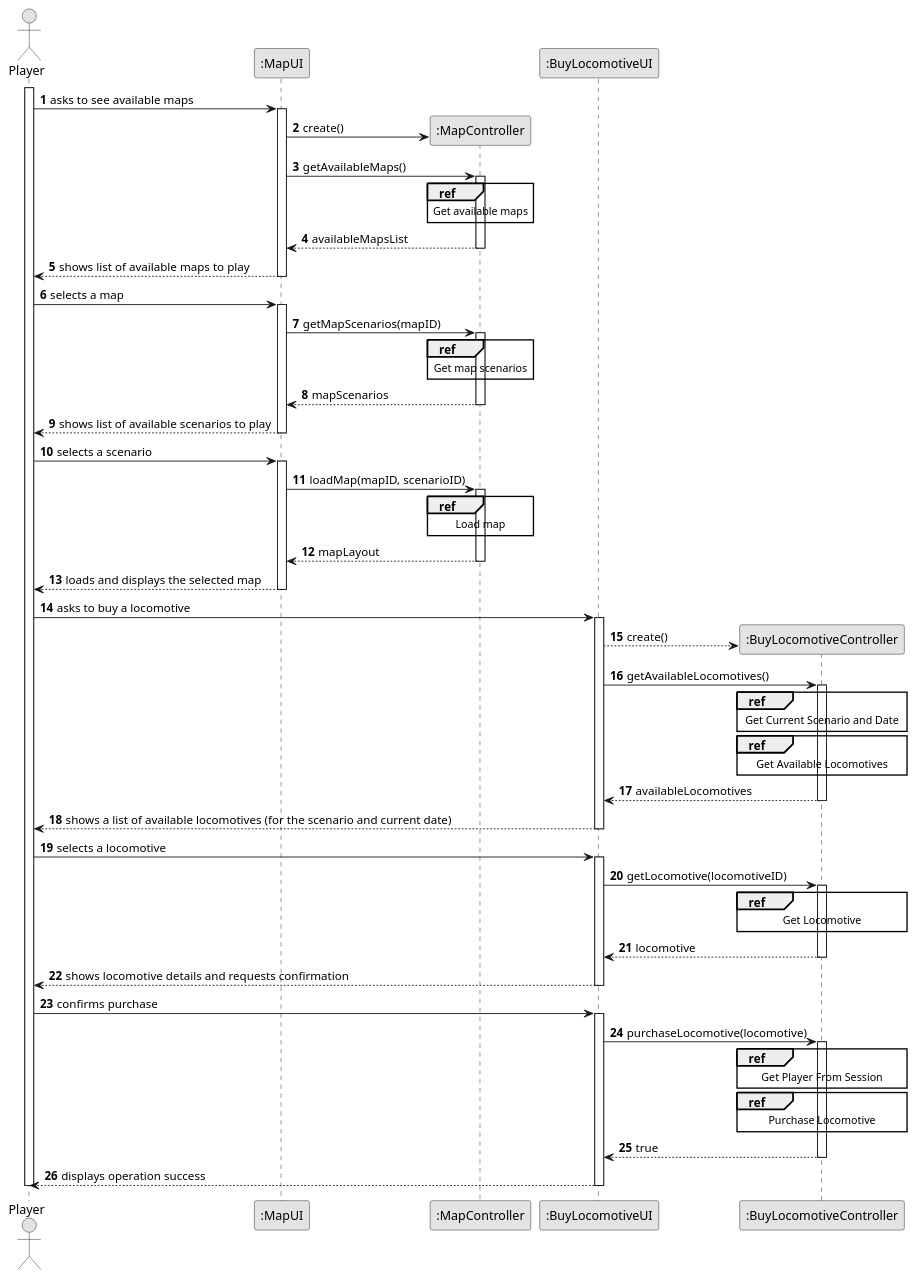
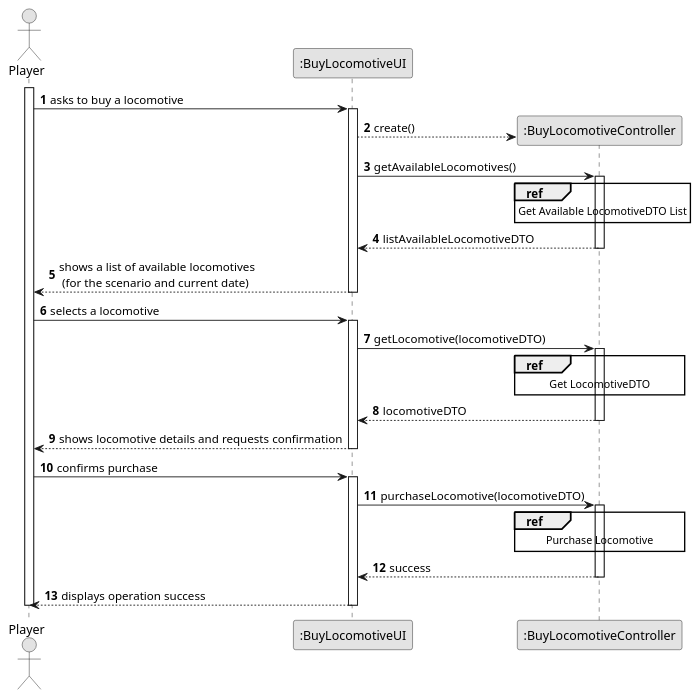
Before and after one commit to HenriqueSilva18/Railway-Network-Simulator: the diagram in docs/system-documentation/Sprint 3/US09/03.design/puml/US09-SD-split.puml, drawn with PlantUML. The commit also changed 12 other files, not shown here.

```diff
--- a/docs/system-documentation/Sprint 3/US09/03.design/puml/US09-SD-split.puml
+++ b/docs/system-documentation/Sprint 3/US09/03.design/puml/US09-SD-split.puml
@@ -1,111 +1,63 @@
 @startuml
 skinparam monochrome true
 skinparam packageStyle rectangle
 skinparam shadowing false
 
 autonumber
 
 'hide footbox
 actor "Player" as PLAYER
-participant ":MapUI" as mapUI
-participant ":MapController" as mapCTRL
 participant ":BuyLocomotiveUI" as UI
 participant ":BuyLocomotiveController" as CTRL
 
 activate PLAYER
 
-    PLAYER -> mapUI: asks to see available maps
-        activate mapUI
-        mapUI -> mapCTRL**: create()
-        mapUI -> mapCTRL: getAvailableMaps()
-            activate mapCTRL
-                ref over mapCTRL
-                    Get available maps
-                end
-            mapCTRL --> mapUI: availableMapsList
-            deactivate mapCTRL
-        mapUI --> PLAYER: shows list of available maps to play
-        deactivate mapUI
-
-    PLAYER -> mapUI: selects a map
-        activate mapUI
-        mapUI -> mapCTRL: getMapScenarios(mapID)
-            activate mapCTRL
-                ref over mapCTRL
-                    Get map scenarios
-                end
-            mapCTRL --> mapUI: mapScenarios
-            deactivate mapCTRL
-        mapUI --> PLAYER: shows list of available scenarios to play
-        deactivate mapUI
-    PLAYER -> mapUI: selects a scenario
-
-        activate mapUI
-        mapUI -> mapCTRL: loadMap(mapID, scenarioID)
-            activate mapCTRL
-                ref over mapCTRL
-                    Load map
-                end
-            mapCTRL --> mapUI: mapLayout
-            deactivate mapCTRL
-        mapUI --> PLAYER: loads and displays the selected map
-        deactivate mapUI
-
-
     PLAYER -> UI : asks to buy a locomotive
     activate UI
         UI --> CTRL** : create()
         UI -> CTRL : getAvailableLocomotives()
-        
-        ref over CTRL
-            Get Current Scenario and Date
-        end ref
 
         ref over CTRL
-            Get Available Locomotives
+            Get Available LocomotiveDTO List
         end ref
 
         activate CTRL
-            CTRL --> UI : availableLocomotives
+            CTRL --> UI : listAvailableLocomotiveDTO
         deactivate CTRL
 
-        UI --> PLAYER : shows a list of available locomotives (for the scenario and current date)
+        UI --> PLAYER : shows a list of available locomotives\n (for the scenario and current date)
     deactivate UI
 
     PLAYER -> UI : selects a locomotive
     activate UI
-        UI -> CTRL : getLocomotive(locomotiveID)
+        UI -> CTRL : getLocomotive(locomotiveDTO)
         
         ref over CTRL
-            Get Locomotive
+            Get LocomotiveDTO
         end ref
 
         activate CTRL
-            CTRL --> UI : locomotive
+            CTRL --> UI : locomotiveDTO
         deactivate CTRL
 
         UI --> PLAYER : shows locomotive details and requests confirmation
     deactivate UI
 
     PLAYER -> UI : confirms purchase
     activate UI
-        UI -> CTRL : purchaseLocomotive(locomotive)
-        
-        ref over CTRL
-            Get Player From Session
-        end ref
+        UI -> CTRL : purchaseLocomotive(locomotiveDTO)
 
         ref over CTRL
             Purchase Locomotive
         end ref
 
         activate CTRL
-            CTRL --> UI : true
+            CTRL --> UI : success
         deactivate CTRL
 
         UI --> PLAYER : displays operation success
     deactivate UI
 
 deactivate PLAYER
 
 @enduml
```
